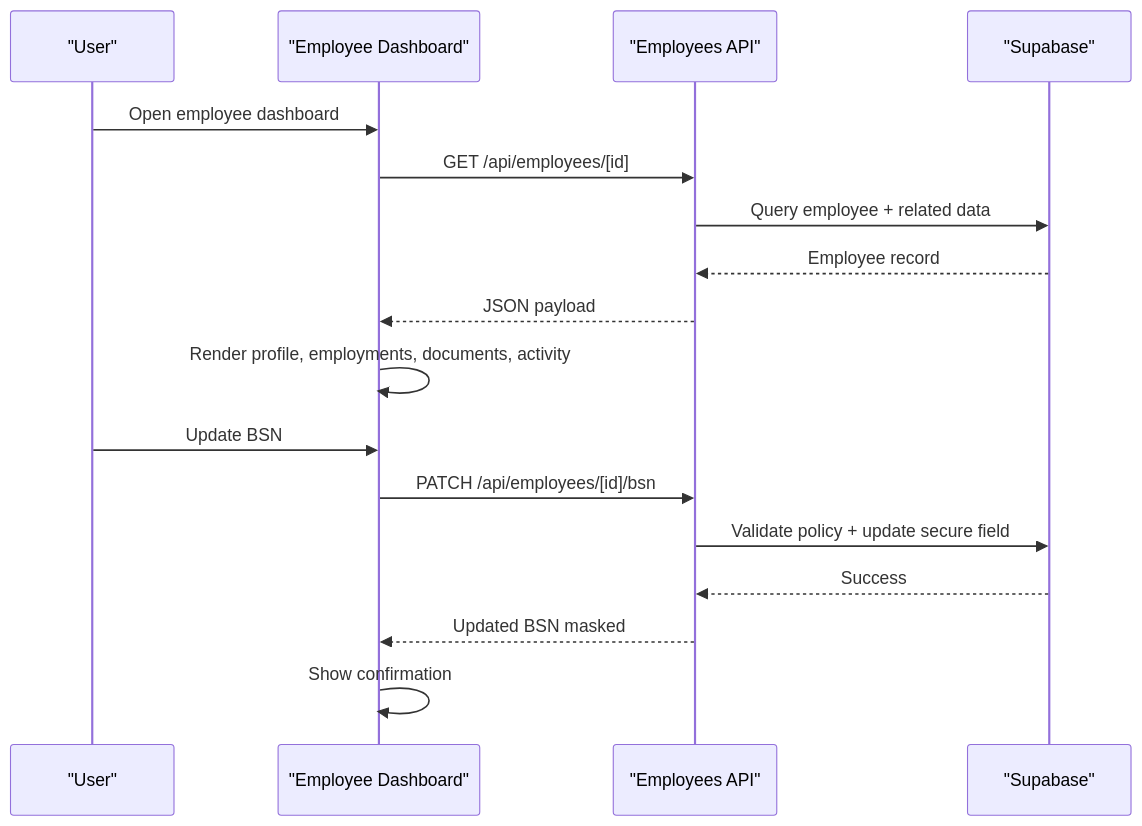
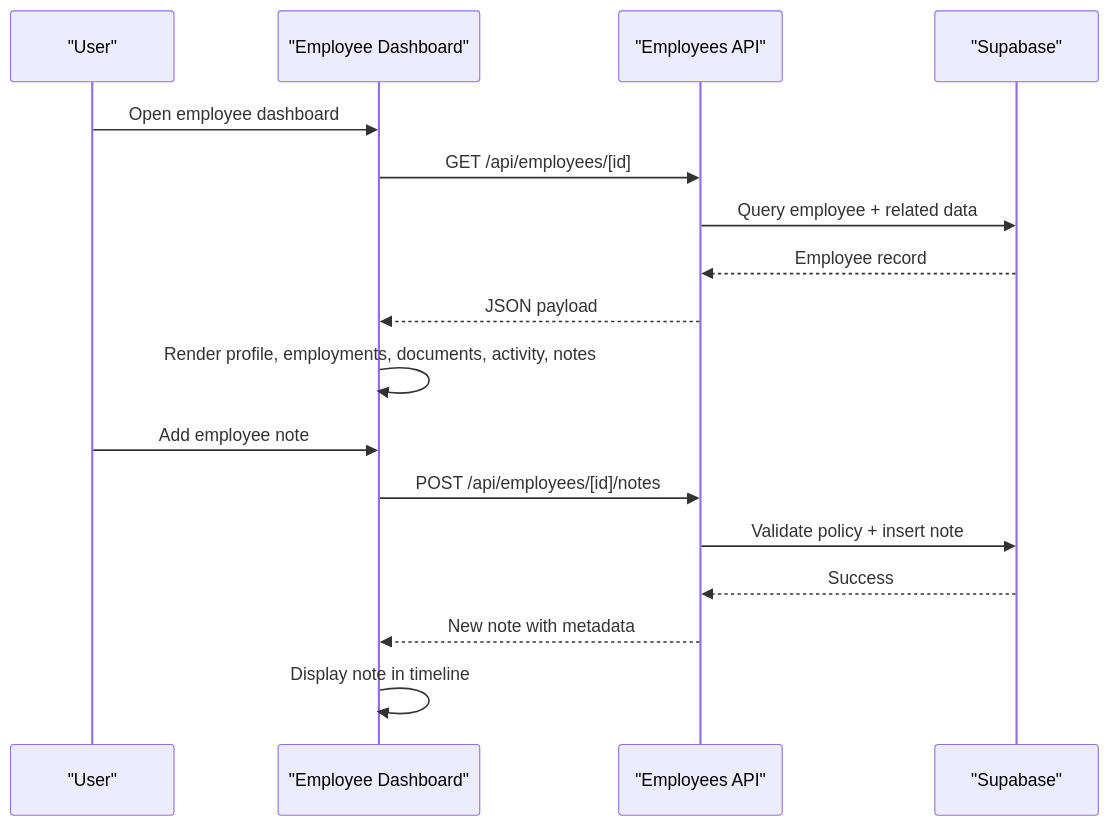
Before and after one commit to EdwinCycling/LiquidHR: the second of 3 diagrams in .qoder/repowiki/en/content/Core HR Module/Employee Management.md, drawn with Mermaid. The commit also changed other lines of this file and 26 other files, not shown here.

````diff
--- a/.qoder/repowiki/en/content/Core HR Module/Employee Management.md
+++ b/.qoder/repowiki/en/content/Core HR Module/Employee Management.md
@@ -151,19 +174,19 @@
 ```mermaid
 sequenceDiagram
 participant U as "User"
 participant UI as "Employee Dashboard"
 participant API as "Employees API"
 participant DB as "Supabase"
 U->>UI : Open employee dashboard
 UI->>API : GET /api/employees/[id]
 API->>DB : Query employee + related data
 DB-->>API : Employee record
 API-->>UI : JSON payload
-UI->>UI : Render profile, employments, documents, activity
-U->>UI : Update BSN
-UI->>API : PATCH /api/employees/[id]/bsn
-API->>DB : Validate policy + update secure field
+UI->>UI : Render profile, employments, documents, activity, notes
+U->>UI : Add employee note
+UI->>API : POST /api/employees/[id]/notes
+API->>DB : Validate policy + insert note
 DB-->>API : Success
-API-->>UI : Updated BSN masked
-UI->>UI : Show confirmation
+API-->>UI : New note with metadata
+UI->>UI : Display note in timeline
 ```
````
